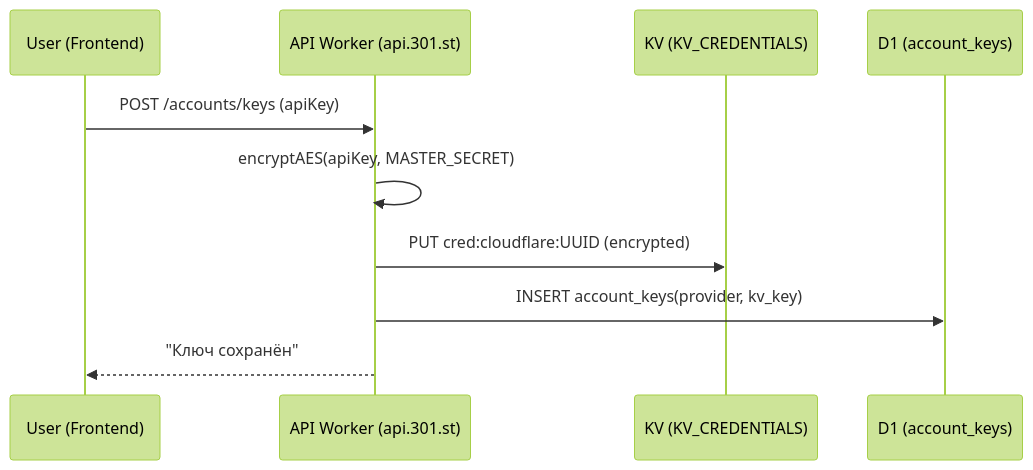
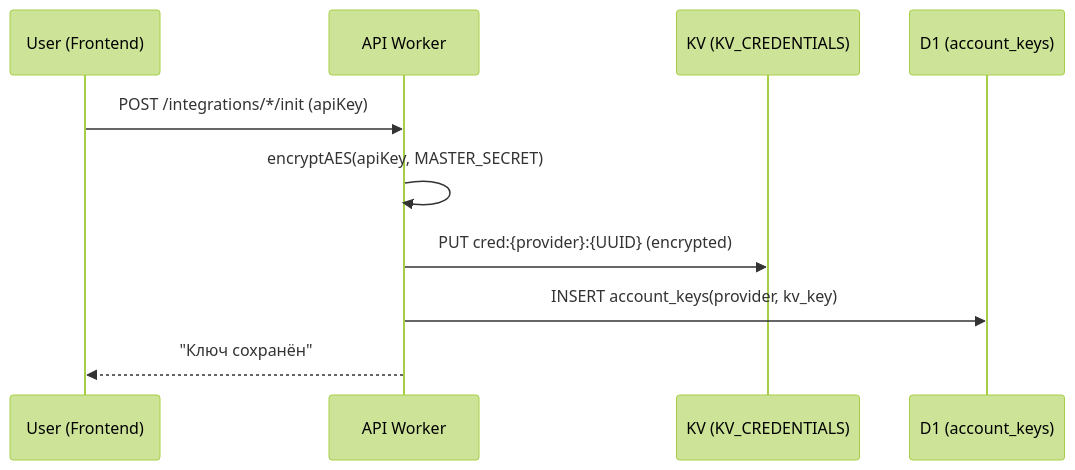
Before and after one commit to admin310st/301: the second of 3 diagrams in wiki/Security.md, drawn with Mermaid (forest theme). The commit also changed other lines of this file and 6 other files, not shown here.

````diff
--- a/wiki/Security.md
+++ b/wiki/Security.md
@@ -436,13 +271,13 @@
 ```mermaid
 sequenceDiagram
     participant U as User (Frontend)
-    participant A as API Worker (api.301.st)
+    participant A as API Worker
     participant K as KV (KV_CREDENTIALS)
     participant D as D1 (account_keys)
 
-    U->>A: POST /accounts/keys (apiKey)
+    U->>A: POST /integrations/*/init (apiKey)
     A->>A: encryptAES(apiKey, MASTER_SECRET)
-    A->>K: PUT cred:cloudflare:UUID (encrypted)
+    A->>K: PUT cred:{provider}:{UUID} (encrypted)
     A->>D: INSERT account_keys(provider, kv_key)
     A-->>U: "Ключ сохранён"
 ```
````
